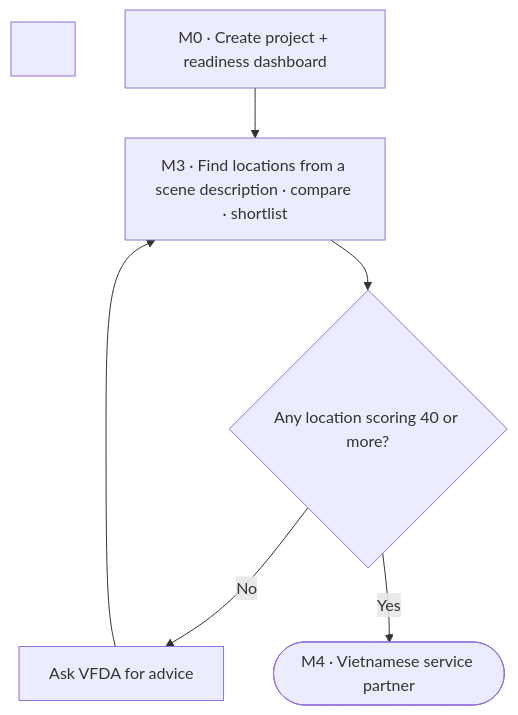
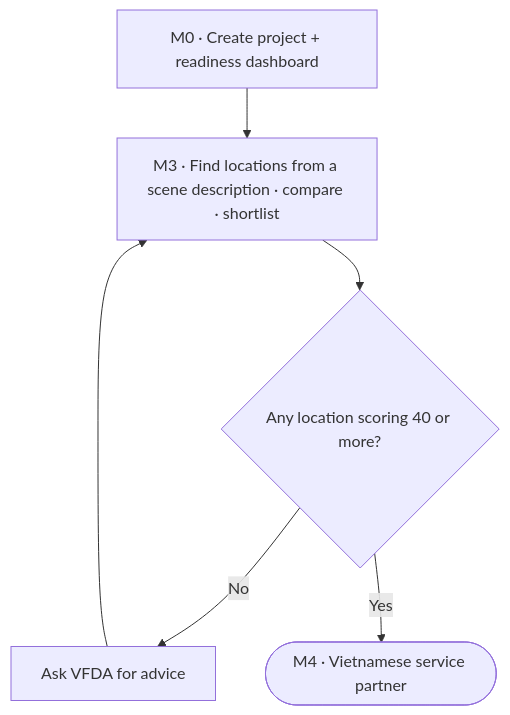
One commit to namnt2005/CINEMATCH-DBIZ3.TeamC changed the first of 5 diagrams in docs/spec/spec-M3.md. Above: the diagram before and after it, drawn with Mermaid. The commit also changed other lines of this file and 176 other files, not shown here.

````diff
--- a/docs/spec/spec-M3.md
+++ b/docs/spec/spec-M3.md
@@ -109,7 +111,7 @@
 ```mermaid
 flowchart TD
-&nbsp;&nbsp;&nbsp;&nbsp;DASH[M0 · Create project + readiness dashboard] --> LOC[M3 · Find locations from a scene description · compare · shortlist]
-&nbsp;&nbsp;&nbsp;&nbsp;LOC --> Q2{Any location scoring 40 or more?}
-&nbsp;&nbsp;&nbsp;&nbsp;Q2 -- No --> ASK[Ask VFDA for advice] --> LOC
-&nbsp;&nbsp;&nbsp;&nbsp;Q2 -- Yes --> PART([M4 · Vietnamese service partner])
+    DASH[M0 · Create project + readiness dashboard] --> LOC[M3 · Find locations from a scene description · compare · shortlist]
+    LOC --> Q2{Any location scoring 40 or more?}
+    Q2 -- No --> ASK[Ask VFDA for advice] --> LOC
+    Q2 -- Yes --> PART([M4 · Vietnamese service partner])
 ```
````
